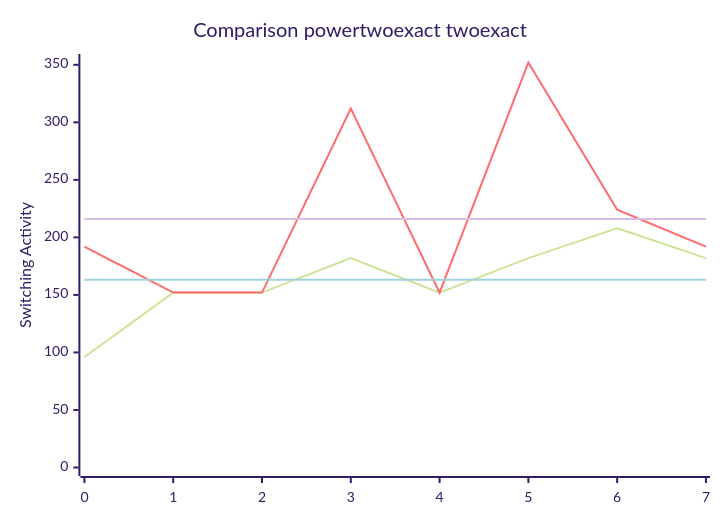
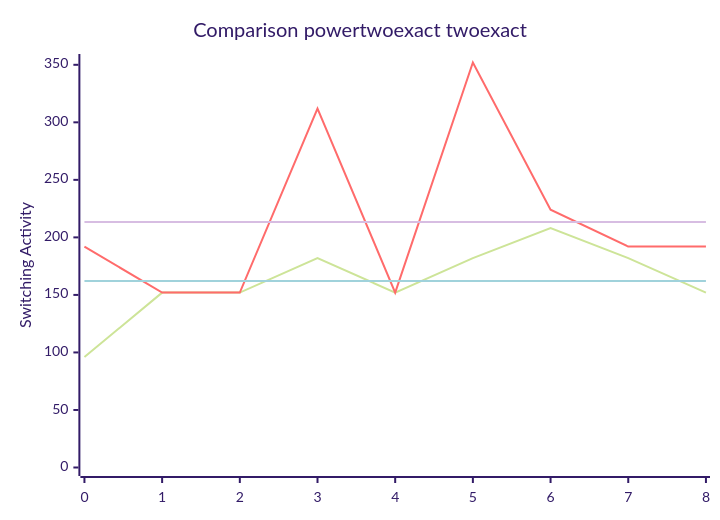
The diagram in benchmark.md (FeldmeierMichael/Exact-Power-Synthesis), drawn with Mermaid (forest theme) before and after one commit. The commit also changed other lines of this file and 2 other files, not shown here.

````diff
--- a/benchmark.md
+++ b/benchmark.md
@@ -11,10 +11,10 @@
 ```mermaid
 xychart-beta
     title "Comparison powertwoexact twoexact"
-    x-axis [0, 1, 2, 3, 4, 5, 6, 7]
+    x-axis [0, 1, 2, 3, 4, 5, 6, 7, 8]
     y-axis "Switching Activity" 0-->352
-    line [96, 152, 152, 182, 152, 182, 208, 182]
-    line [192, 152, 152, 312, 152, 352, 224, 192]
-    line [163.25, 163.25, 163.25, 163.25, 163.25, 163.25, 163.25, 163.25]
-    line [216.0, 216.0, 216.0, 216.0, 216.0, 216.0, 216.0, 216.0]
+    line [96, 152, 152, 182, 152, 182, 208, 182, 152]
+    line [192, 152, 152, 312, 152, 352, 224, 192, 192]
+    line [162.0, 162.0, 162.0, 162.0, 162.0, 162.0, 162.0, 162.0, 162.0]
+    line [213.33333333333334, 213.33333333333334, 213.33333333333334, 213.33333333333334, 213.33333333333334, 213.33333333333334, 213.33333333333334, 213.33333333333334, 213.33333333333334]
 ```
````
